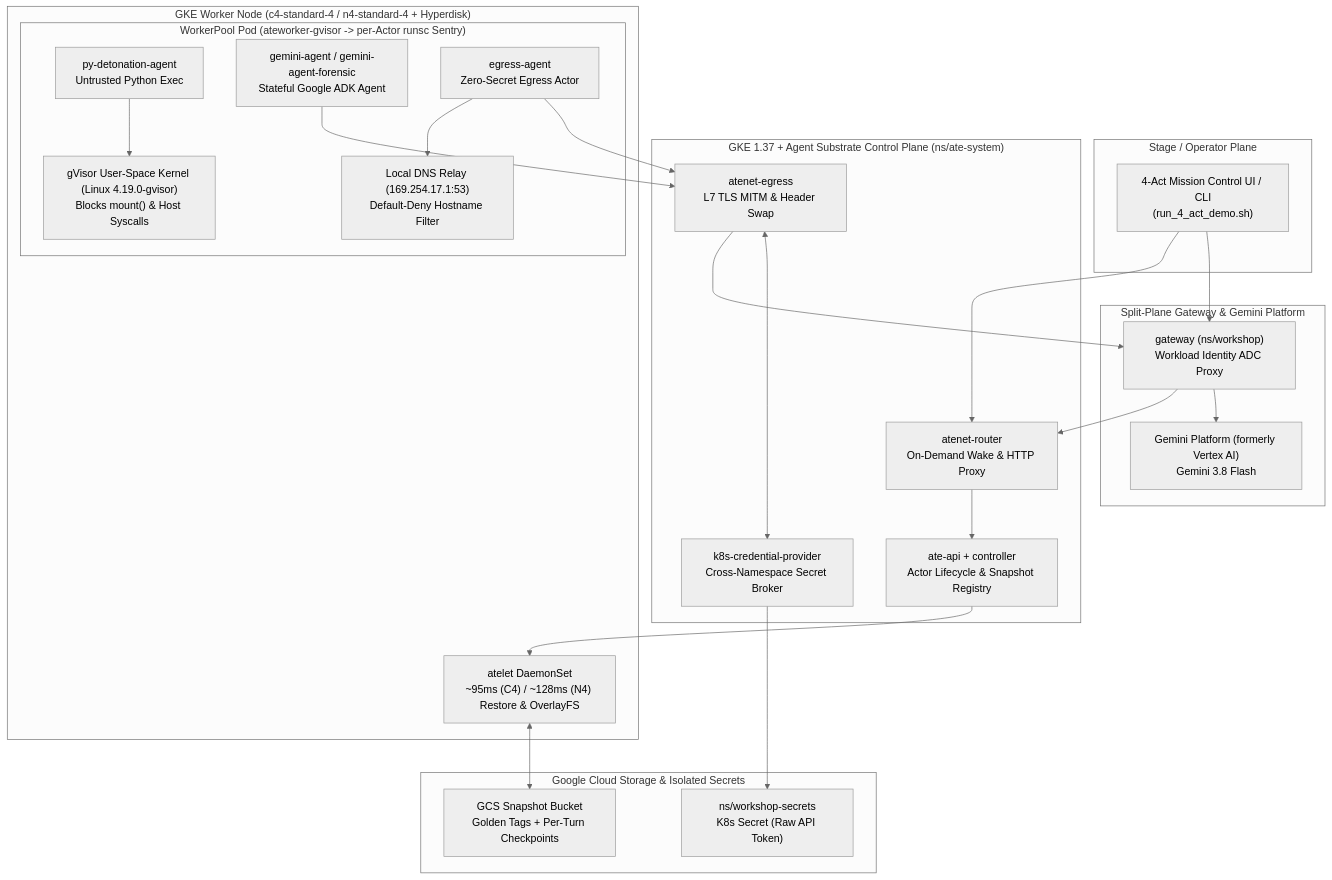
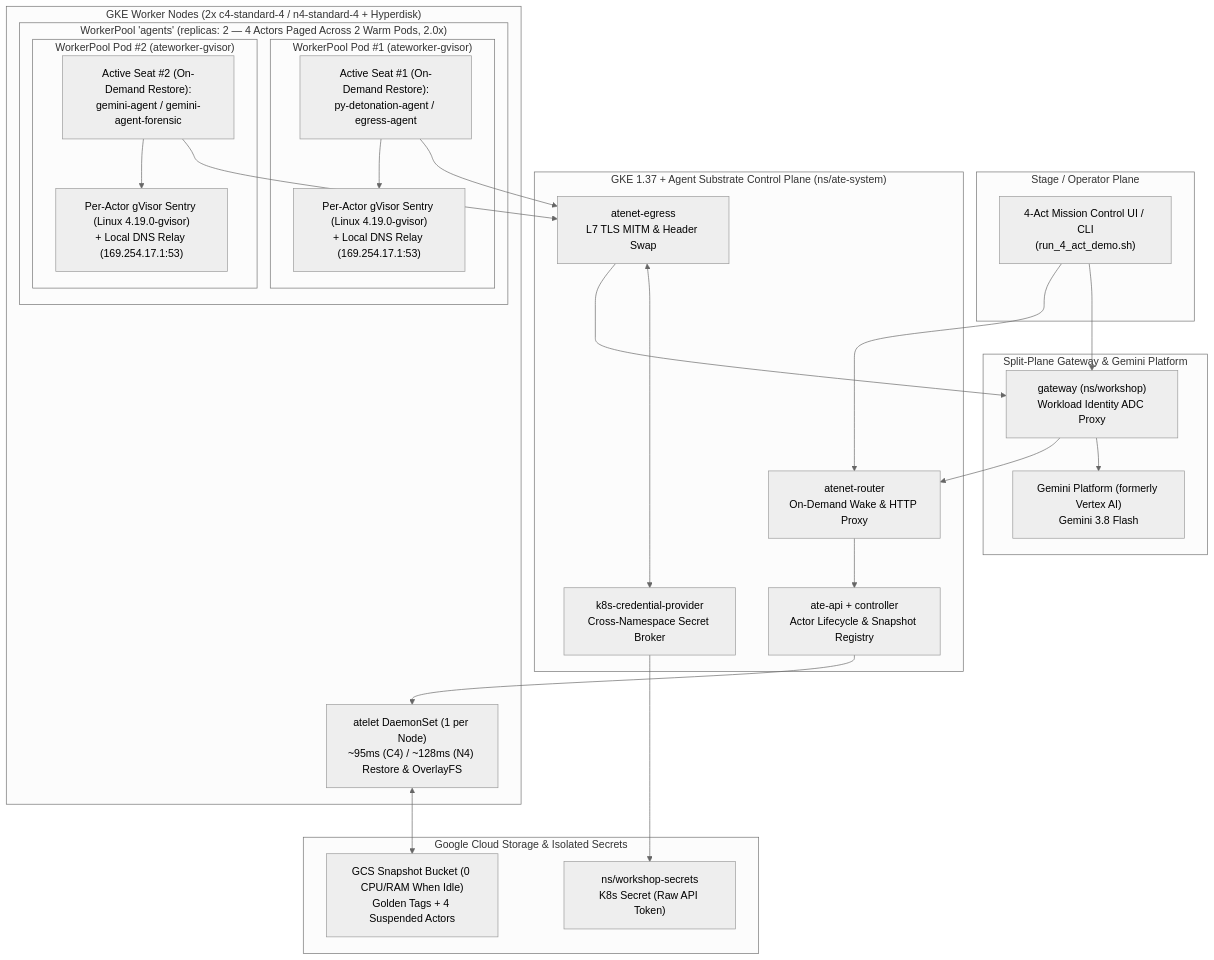
One commit to GoogleCloudPlatform/accelerated-platforms changed the diagram in docs/platforms/gke/base/use-cases/agent-substrate-security-demo/README.md. Above: the diagram before and after it, drawn with Mermaid (neutral theme).

Commit message:
docs(agent-substrate-security-demo): show 2-pod WorkerPool topology in architecture diagram

````diff
--- a/docs/platforms/gke/base/use-cases/agent-substrate-security-demo/README.md
+++ b/docs/platforms/gke/base/use-cases/agent-substrate-security-demo/README.md
@@ -33,49 +33,52 @@
 ```mermaid
 flowchart TB
   subgraph Client["Stage / Operator Plane"]
     UI["4-Act Mission Control UI / CLI<br/>(run_4_act_demo.sh)"]
   end
 
   subgraph ControlPlane["GKE 1.37 + Agent Substrate Control Plane (ns/ate-system)"]
     Router["atenet-router<br/>On-Demand Wake & HTTP Proxy"]
     API["ate-api + controller<br/>Actor Lifecycle & Snapshot Registry"]
     CredProv["k8s-credential-provider<br/>Cross-Namespace Secret Broker"]
     Egress["atenet-egress<br/>L7 TLS MITM & Header Swap"]
   end
 
-  subgraph WorkerNode["GKE Worker Node (c4-standard-4 / n4-standard-4 + Hyperdisk)"]
-    Atelet["atelet DaemonSet<br/>~95ms (C4) / ~128ms (N4) Restore & OverlayFS"]
-    subgraph WorkerPod["WorkerPool Pod (ateworker-gvisor -> per-Actor runsc Sentry)"]
-      Sentry["gVisor User-Space Kernel (Linux 4.19.0-gvisor)<br/>Blocks mount() & Host Syscalls"]
-      DNSRelay["Local DNS Relay (169.254.17.1:53)<br/>Default-Deny Hostname Filter"]
-      PyActor["py-detonation-agent<br/>Untrusted Python Exec"]
-      BuddyActor["gemini-agent / gemini-agent-forensic<br/>Stateful Google ADK Agent"]
-      FetchActor["egress-agent<br/>Zero-Secret Egress Actor"]
+  subgraph WorkerNodes["GKE Worker Nodes (2x c4-standard-4 / n4-standard-4 + Hyperdisk)"]
+    Atelet["atelet DaemonSet (1 per Node)<br/>~95ms (C4) / ~128ms (N4) Restore & OverlayFS"]
+    subgraph WorkerPool["WorkerPool 'agents' (replicas: 2 — 4 Actors Paged Across 2 Warm Pods, 2.0x)"]
+      subgraph WorkerPod1["WorkerPool Pod #1 (ateworker-gvisor)"]
+        Sentry1["Per-Actor gVisor Sentry (Linux 4.19.0-gvisor)<br/>+ Local DNS Relay (169.254.17.1:53)"]
+        ActiveSlot1["Active Seat #1 (On-Demand Restore):<br/>py-detonation-agent / egress-agent"]
+      end
+      subgraph WorkerPod2["WorkerPool Pod #2 (ateworker-gvisor)"]
+        Sentry2["Per-Actor gVisor Sentry (Linux 4.19.0-gvisor)<br/>+ Local DNS Relay (169.254.17.1:53)"]
+        ActiveSlot2["Active Seat #2 (On-Demand Restore):<br/>gemini-agent / gemini-agent-forensic"]
+      end
     end
   end
 
   subgraph GatewayPlane["Split-Plane Gateway & Gemini Platform"]
     Gateway["gateway (ns/workshop)<br/>Workload Identity ADC Proxy"]
     GeminiAPI["Gemini Platform (formerly Vertex AI)<br/>Gemini 3.8 Flash"]
   end
 
   subgraph Storage["Google Cloud Storage & Isolated Secrets"]
-    GCS["GCS Snapshot Bucket<br/>Golden Tags + Per-Turn Checkpoints"]
+    GCS["GCS Snapshot Bucket (0 CPU/RAM When Idle)<br/>Golden Tags + 4 Suspended Actors"]
     SecretNS["ns/workshop-secrets<br/>K8s Secret (Raw API Token)"]
   end
 
   UI --> Router
   UI --> Gateway
   Gateway --> Router
   Router --> API
   API --> Atelet
   Atelet <--> GCS
-  PyActor --> Sentry
-  BuddyActor --> Egress
+  ActiveSlot1 --> Sentry1
+  ActiveSlot2 --> Sentry2
+  ActiveSlot1 --> Egress
+  ActiveSlot2 --> Egress
   Egress --> Gateway
   Gateway --> GeminiAPI
-  FetchActor --> DNSRelay
-  FetchActor --> Egress
   CredProv --> SecretNS
   Egress <--> CredProv
 ```
````
